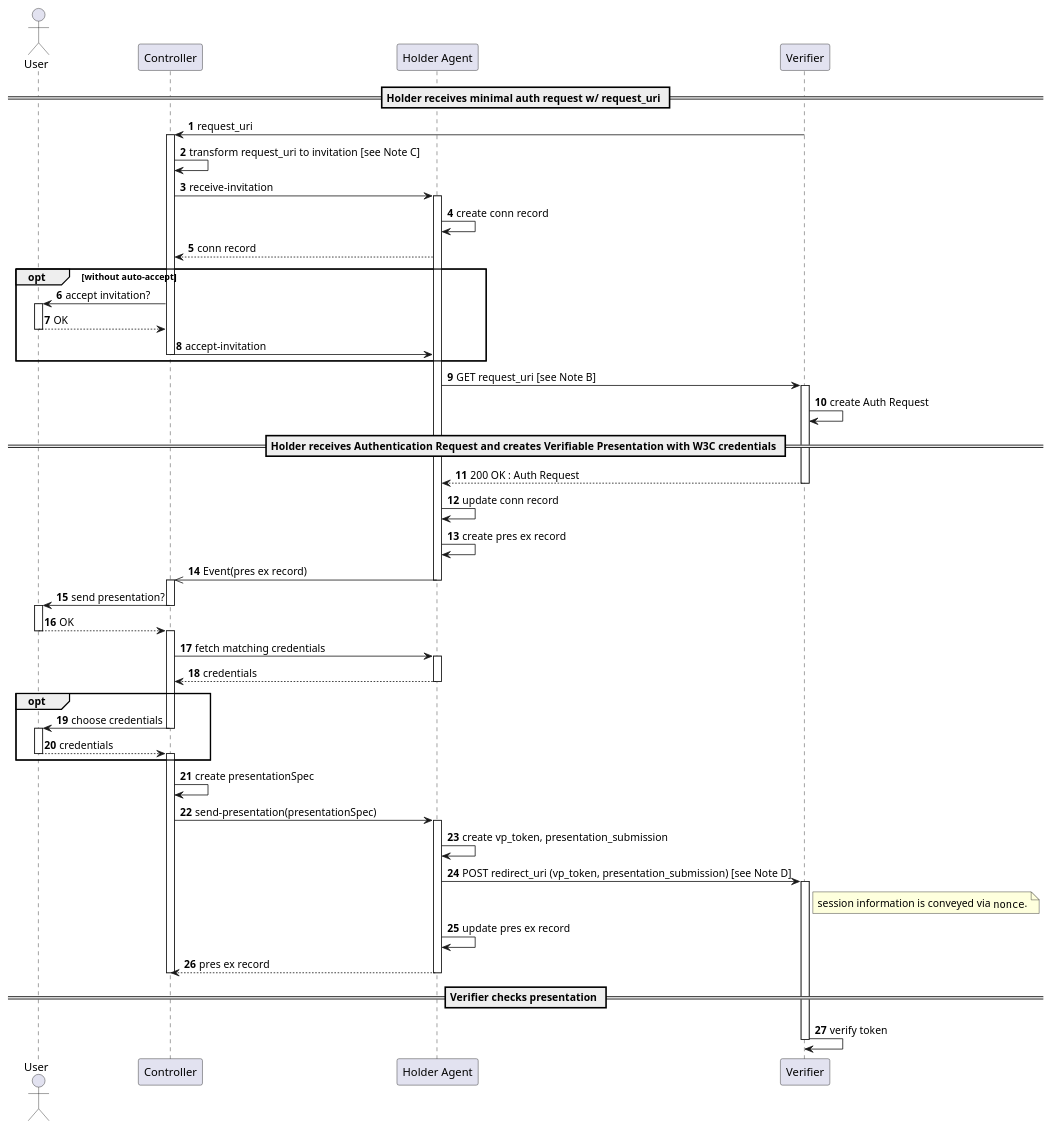
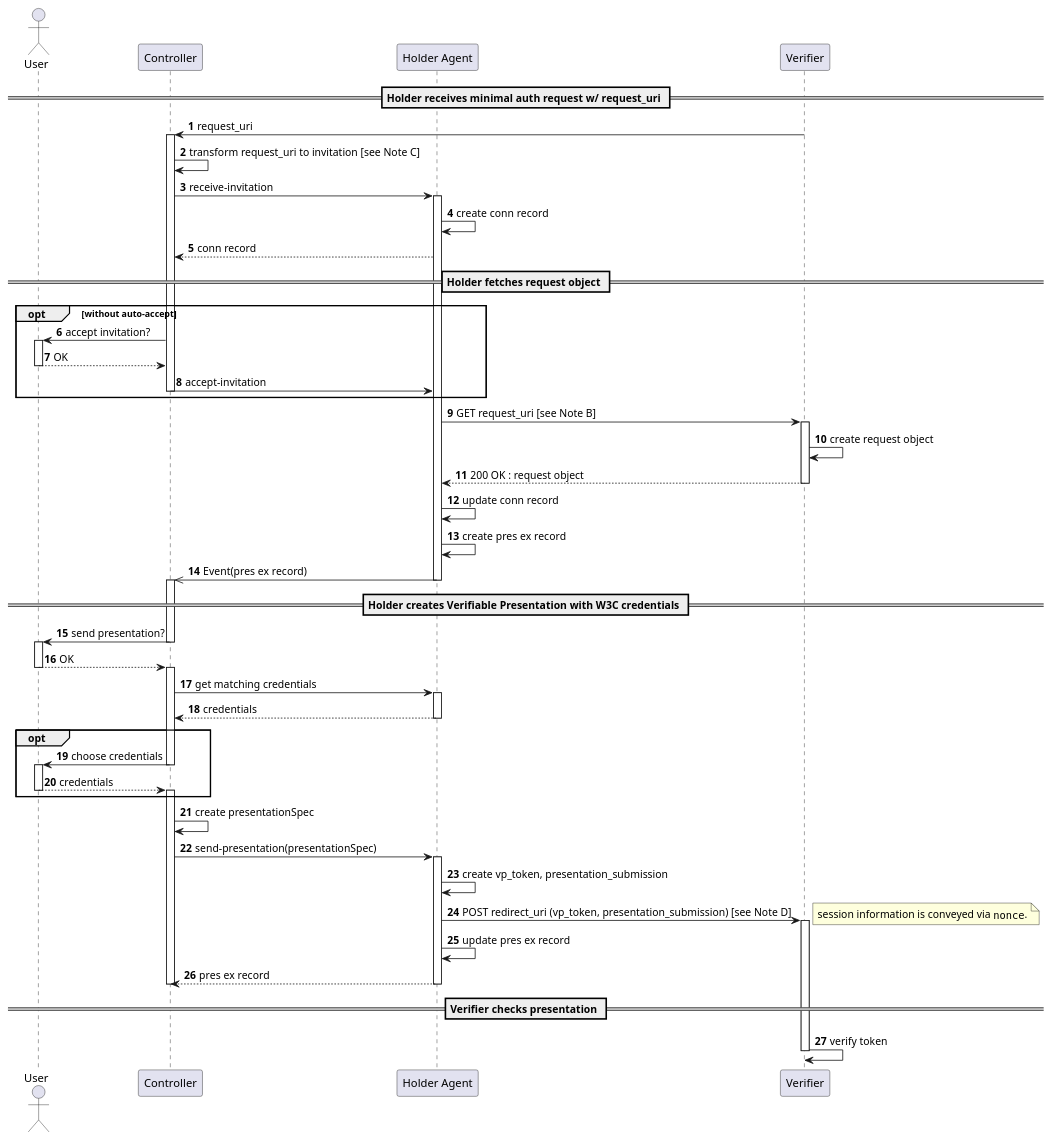
One commit to gematik/poc-fue-presentationExchangeOverHttp changed the diagram in OIDC4VP_short.adoc. Above: the diagram before and after it, drawn with PlantUML.

Commit message:
naming and caption improvements

```diff
--- a/OIDC4VP_short.adoc
+++ b/OIDC4VP_short.adoc
@@ -23,6 +23,8 @@
 HolderAgent -> HolderAgent : create conn record
 Controller <-- HolderAgent : conn record
 
+== Holder fetches request object ==
+
 opt without auto-accept
     Controller -> User : accept invitation?
     activate User
@@ -34,11 +36,9 @@
 
 HolderAgent -> Verifier : GET request_uri [see Note B]
 activate Verifier
-Verifier -> Verifier : create Auth Request
+Verifier -> Verifier : create request object
 
-== Holder receives Authentication Request and creates Verifiable Presentation with W3C credentials ==
-
-HolderAgent <-- Verifier    : 200 OK : Auth Request
+HolderAgent <-- Verifier    : 200 OK : request object
 deactivate Verifier
 HolderAgent  -> HolderAgent : update conn record
 
@@ -47,13 +47,16 @@
 HolderAgent ->> Controller  : Event(pres ex record)
 deactivate HolderAgent
 activate Controller
+
+==  Holder creates Verifiable Presentation with W3C credentials ==
+
 User <-  Controller : send presentation?
 deactivate Controller
 activate User
 User --> Controller : OK
 deactivate User
 activate Controller
-Controller -> HolderAgent : fetch matching credentials
+Controller -> HolderAgent : get matching credentials
 activate HolderAgent
 Controller <-- HolderAgent : credentials
 deactivate HolderAgent
@@ -72,7 +75,7 @@
 activate HolderAgent
 HolderAgent -> HolderAgent : create vp_token, presentation_submission
 HolderAgent ->  Verifier : POST redirect_uri (vp_token, presentation_submission) [see Note D]
-note right of Verifier : session information is conveyed via ""nonce"".
+note right : session information is conveyed via ""nonce"".
 activate Verifier
 HolderAgent -> HolderAgent : update pres ex record
 Controller  <-- HolderAgent : pres ex record
```
